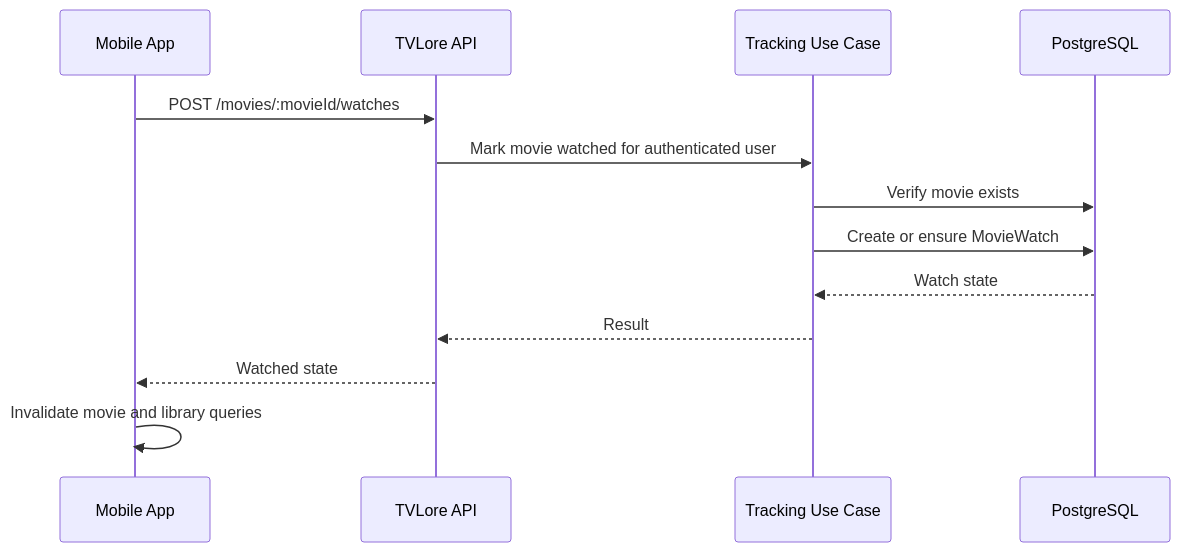
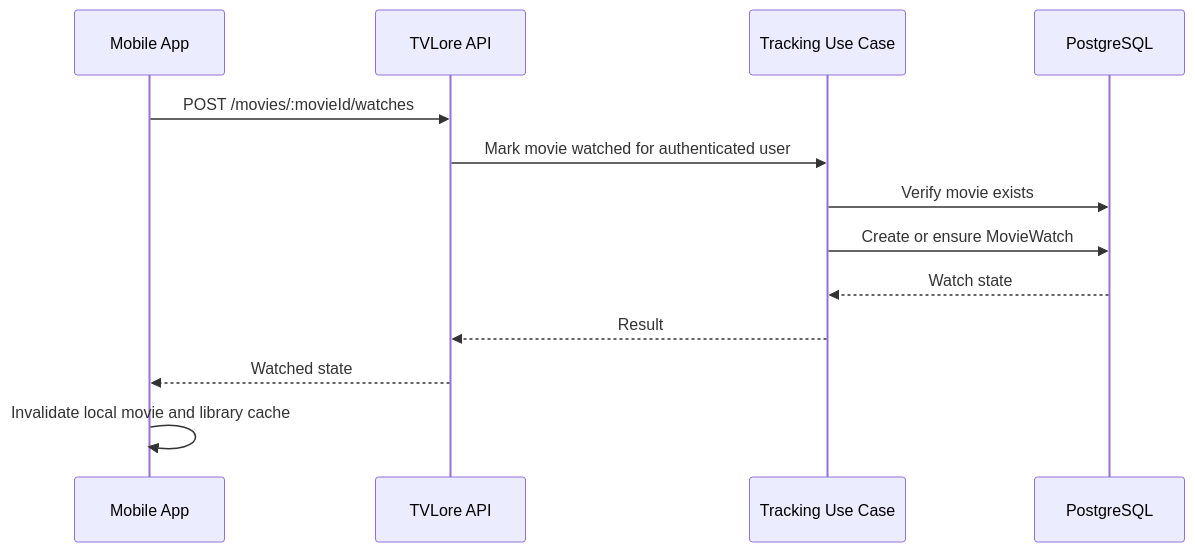
One commit to luiskabal/tvlore changed the eighth of 13 diagrams in docs/diagrams.md. Above: the diagram before and after it, drawn with Mermaid. The commit also changed other lines of this file, not shown here.

Commit message:
docs: update architecture diagrams

````diff
--- a/docs/diagrams.md
+++ b/docs/diagrams.md
@@ -167,16 +178,16 @@
 ```mermaid
 sequenceDiagram
   participant M as Mobile App
   participant A as TVLore API
   participant T as Tracking Use Case
   participant D as PostgreSQL
 
   M->>A: POST /movies/:movieId/watches
   A->>T: Mark movie watched for authenticated user
   T->>D: Verify movie exists
   T->>D: Create or ensure MovieWatch
   D-->>T: Watch state
   T-->>A: Result
   A-->>M: Watched state
-  M->>M: Invalidate movie and library queries
+  M->>M: Invalidate local movie and library cache
 ```
````
